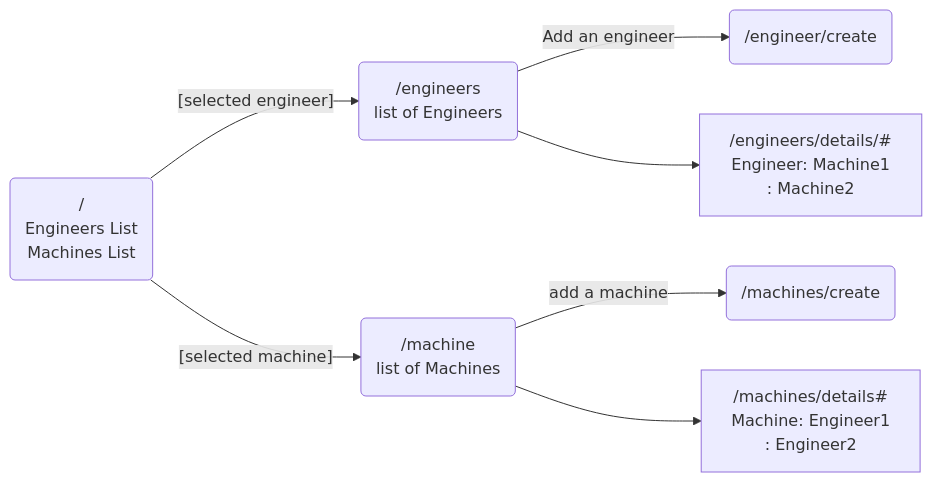
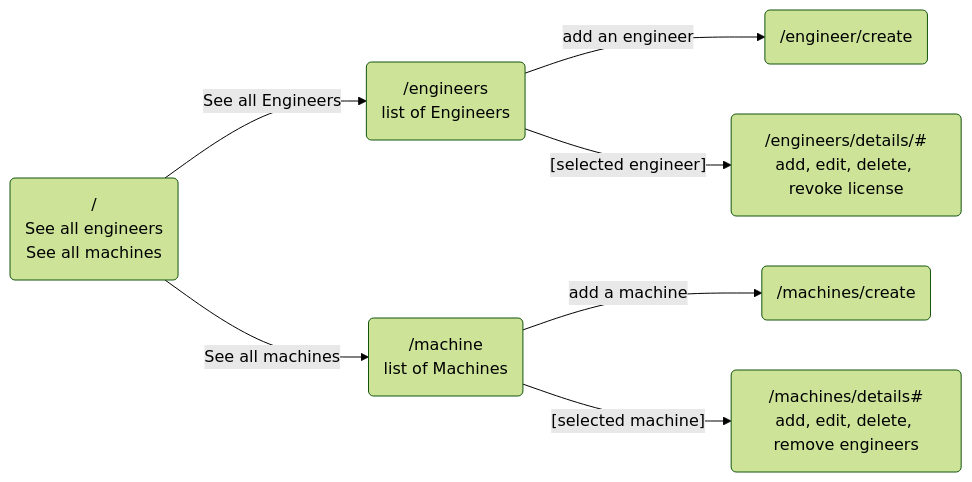
Before and after one commit to John-Dig/Factory.Solution: the diagram in README.md, drawn with Mermaid. The commit also changed other lines of this file and 6 other files, not shown here.

````diff
--- a/README.md
+++ b/README.md
@@ -6,8 +36,9 @@
 ```mermaid
+%%{init: {'theme': 'forest'}}%%
 flowchart LR
-SplashPage("/"<br>Engineers List<br>Machines List)--"[selected engineer]"-->EngineersIndex("/engineers"<br>list of Engineers)--Add an engineer-->EngineerCreate("/engineer/create") 
-EngineersIndex-->EngineersDetails["/engineers/details/#"<br>Engineer: Machine1<br>        : Machine2]
-SplashPage--"[selected machine]"-->MachineIndex("/machine"<br>list of Machines<br>)--add a machine-->MachineCreate("/machines/create"<br>)
-MachineIndex-->MachineDetails["/machines/details#"<br>Machine: Engineer1<br>       : Engineer2]
+SplashPage("/"<br>See all engineers<br>See all machines)--"See all Engineers"-->EngineersIndex("/engineers"<br>list of Engineers)--add an engineer-->EngineerCreate("/engineer/create") 
+EngineersIndex--"[selected engineer]"-->EngineersDetails("/engineers/details/#"<br>add, edit, delete, revoke license)
+SplashPage--"See all machines"-->MachineIndex("/machine"<br>list of Machines<br>)--add a machine-->MachineCreate("/machines/create"<br>)
+MachineIndex--"[selected machine]"-->MachineDetails("/machines/details#"<br>add, edit, delete, remove engineers)
 
 ```
````
